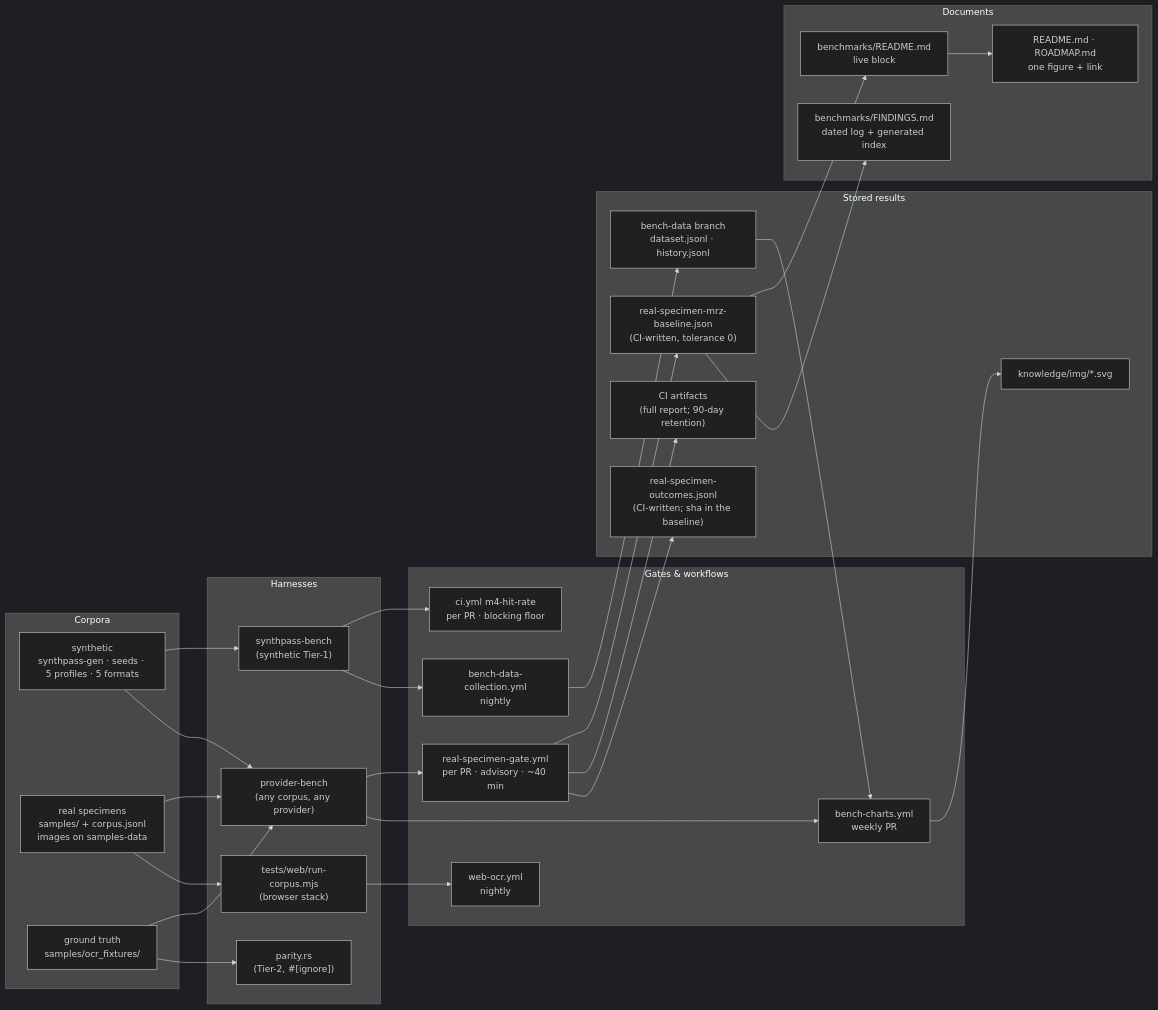
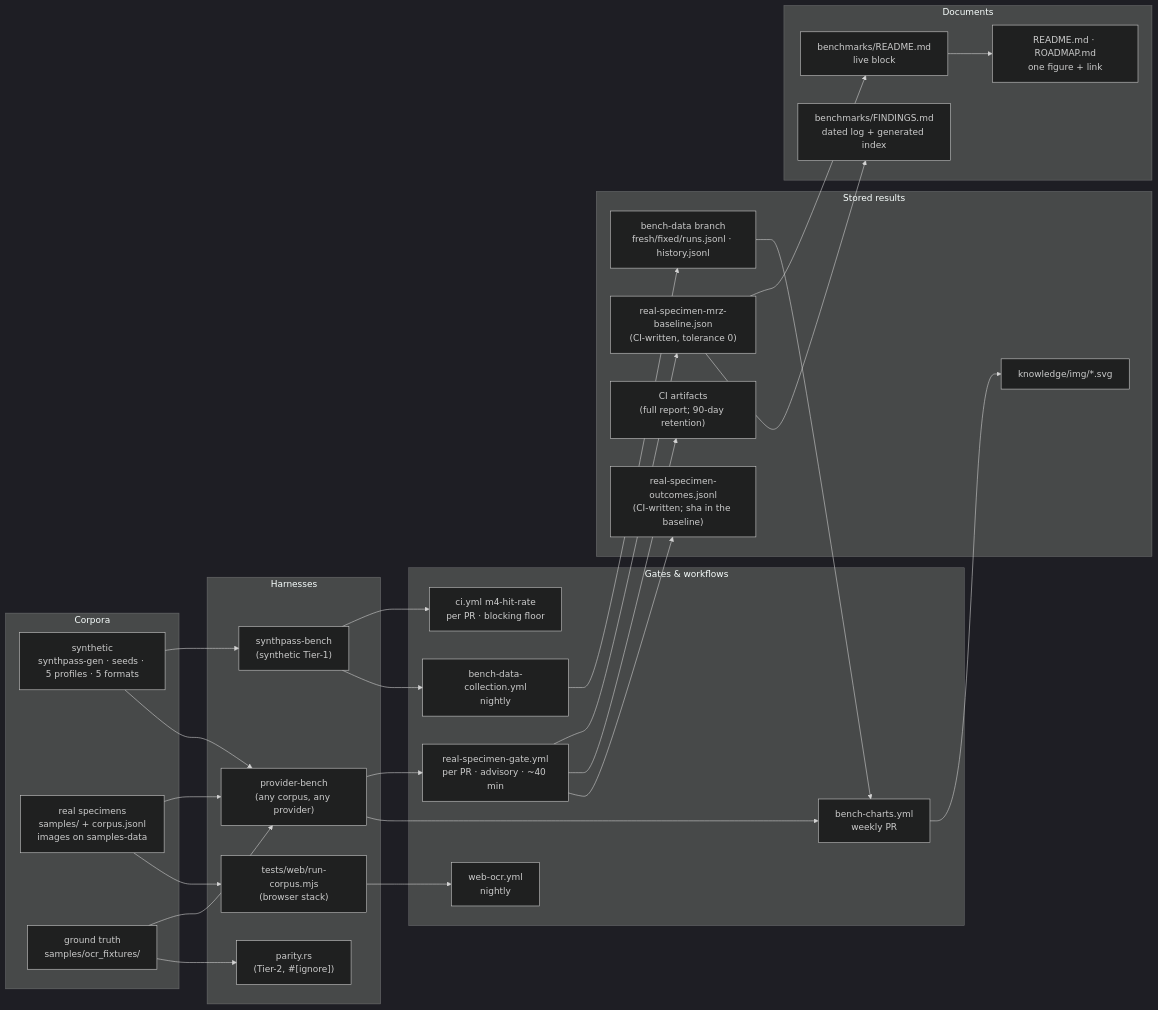
The diagram in knowledge/benchmarks/PIPELINE.md (ruledicaprio/SynthPass), drawn with Mermaid (dark theme) before and after one commit. The commit also changed other lines of this file and 10 other files, not shown here.

````diff
--- a/knowledge/benchmarks/PIPELINE.md
+++ b/knowledge/benchmarks/PIPELINE.md
@@ -22,44 +22,44 @@
 ```mermaid
 flowchart LR
     subgraph corpora["Corpora"]
         SYN["synthetic<br/>synthpass-gen · seeds · 5 profiles · 5 formats"]
         REAL["real specimens<br/>samples/ + corpus.jsonl<br/>images on samples-data"]
         GT["ground truth<br/>samples/ocr_fixtures/"]
     end
     subgraph harness["Harnesses"]
         SB["synthpass-bench<br/>(synthetic Tier-1)"]
         PB["provider-bench<br/>(any corpus, any provider)"]
         PAR["parity.rs<br/>(Tier-2, #[ignore])"]
         WEB["tests/web/run-corpus.mjs<br/>(browser stack)"]
     end
     subgraph gates["Gates & workflows"]
         M4["ci.yml m4-hit-rate<br/>per PR · blocking floor"]
         RSG["real-specimen-gate.yml<br/>per PR · advisory · ~40 min"]
         BDC["bench-data-collection.yml<br/>nightly"]
         BCH["bench-charts.yml<br/>weekly PR"]
         WO["web-ocr.yml<br/>nightly"]
     end
     subgraph stored["Stored results"]
         BASE["real-specimen-mrz-baseline.json<br/>(CI-written, tolerance 0)"]
-        BD["bench-data branch<br/>dataset.jsonl · history.jsonl"]
+        BD["bench-data branch<br/>fresh/fixed/runs.jsonl · history.jsonl"]
         IMG["knowledge/img/*.svg"]
         LED["real-specimen-outcomes.jsonl<br/>(CI-written; sha in the baseline)"]
         ART["CI artifacts<br/>(full report; 90-day retention)"]
     end
     subgraph docs["Documents"]
         LIVE["benchmarks/README.md<br/>live block"]
         FIND["benchmarks/FINDINGS.md<br/>dated log + generated index"]
         ONE["README.md · ROADMAP.md<br/>one figure + link"]
     end
     SYN --> SB --> M4
     SYN --> PB
     REAL --> PB --> RSG --> BASE --> LIVE --> ONE
     GT --> PB
     GT --> PAR
     REAL --> WEB --> WO
     SB --> BDC --> BD --> BCH --> IMG
     PB --> BCH
     RSG --> ART
     RSG --> LED
     BASE --> FIND
 ```
````
